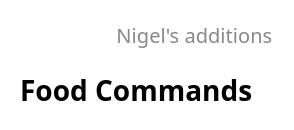
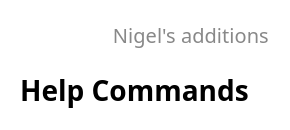
The diagram in docs/images/help/Style.puml (swatimahadevan/tp), drawn with PlantUML before and after one commit. The commit also changed 10 other files, not shown here.

Commit message:
Add food, help DG

```diff
--- a/docs/images/help/Style.puml
+++ b/docs/images/help/Style.puml
@@ -1,4 +1,4 @@
 header Nigel's additions
-title Food Commands
+title Help Commands
 
 hide footbox
```
